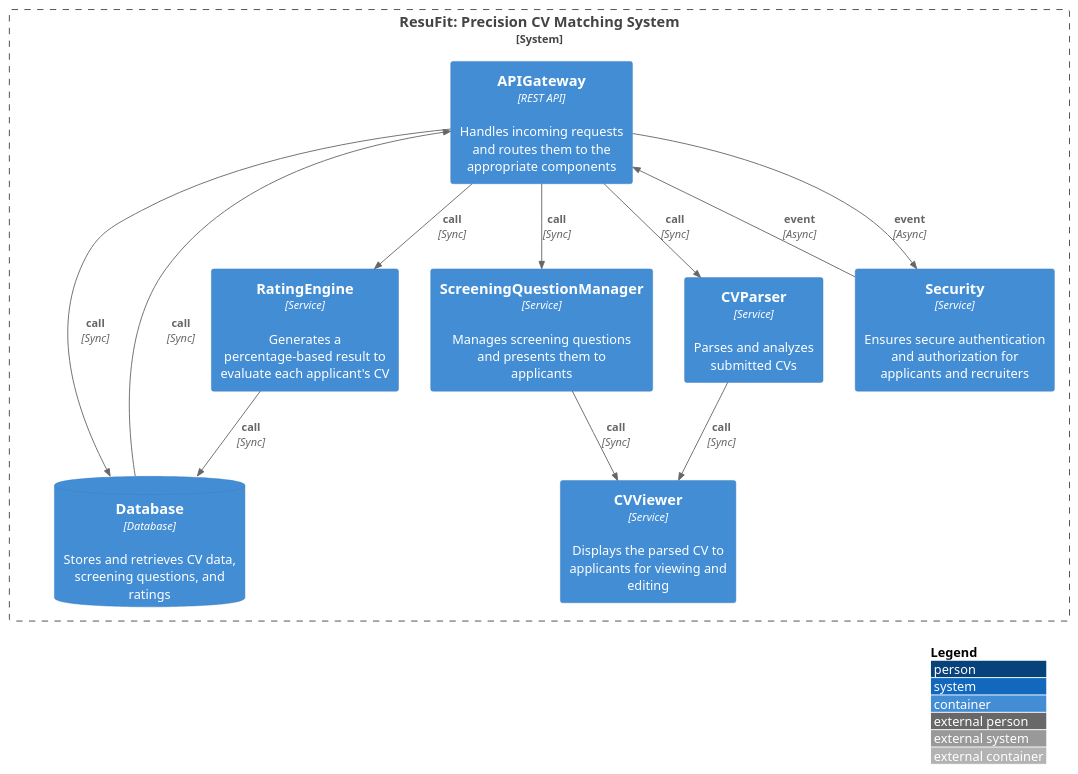
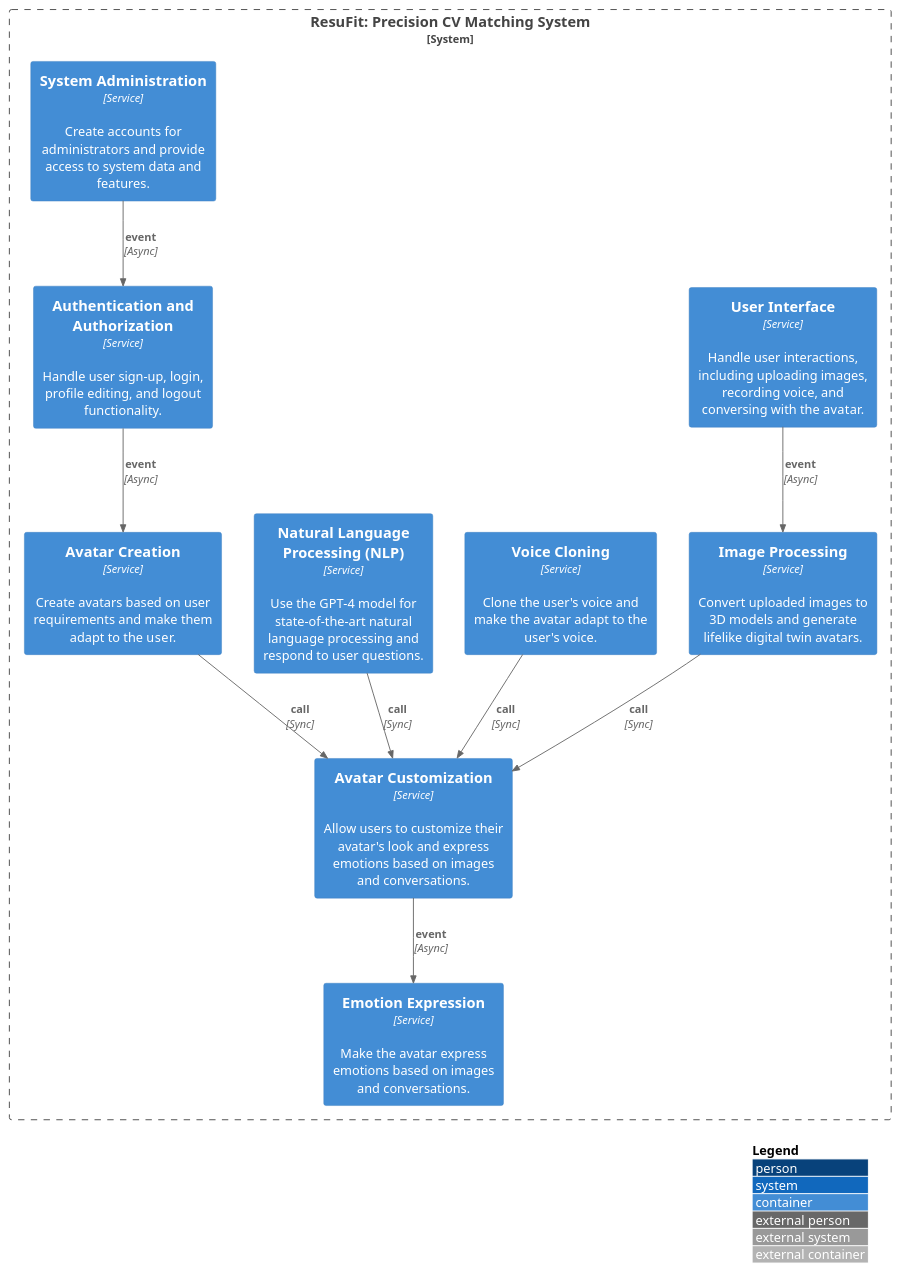
One commit to hanaAbdelwahab/GPARCHIMIND changed the diagram in data/outputs/architecture_c4.puml. Above: the diagram before and after it, drawn with PlantUML. The commit also changed 20 other files, not shown here.

```diff
--- a/data/outputs/architecture_c4.puml
+++ b/data/outputs/architecture_c4.puml
@@ -1,23 +1,23 @@
 @startuml
 !include https://raw.githubusercontent.com/plantuml-stdlib/C4-PlantUML/master/C4_Container.puml
 LAYOUT_WITH_LEGEND()
 System_Boundary(ResuFitPrecisionCVMatchingSystem, "ResuFit: Precision CV Matching System") {
-  Container(CVParser, "CVParser", "Service", "Parses and analyzes submitted CVs")
-  Container(CVViewer, "CVViewer", "Service", "Displays the parsed CV to applicants for viewing and editing")
-  Container(ScreeningQuestionManager, "ScreeningQuestionManager", "Service", "Manages screening questions and presents them to applicants")
-  Container(RatingEngine, "RatingEngine", "Service", "Generates a percentage-based result to evaluate each applicant's CV")
-  ContainerDb(Database, "Database", "Database", "Stores and retrieves CV data, screening questions, and ratings")
-  Container(APIGateway, "APIGateway", "REST API", "Handles incoming requests and routes them to the appropriate components")
-  Container(Security, "Security", "Service", "Ensures secure authentication and authorization for applicants and recruiters")
+  Container(UserInterface, "User Interface", "Service", "Handle user interactions, including uploading images, recording voice, and conversing with the avatar.")
+  Container(ImageProcessing, "Image Processing", "Service", "Convert uploaded images to 3D models and generate lifelike digital twin avatars.")
+  Container(VoiceCloning, "Voice Cloning", "Service", "Clone the user's voice and make the avatar adapt to the user's voice.")
+  Container(AvatarCustomization, "Avatar Customization", "Service", "Allow users to customize their avatar's look and express emotions based on images and conversations.")
+  Container(NaturalLanguageProcessingNLP, "Natural Language Processing (NLP)", "Service", "Use the GPT-4 model for state-of-the-art natural language processing and respond to user questions.")
+  Container(AuthenticationandAuthorization, "Authentication and Authorization", "Service", "Handle user sign-up, login, profile editing, and logout functionality.")
+  Container(AvatarCreation, "Avatar Creation", "Service", "Create avatars based on user requirements and make them adapt to the user.")
+  Container(EmotionExpression, "Emotion Expression", "Service", "Make the avatar express emotions based on images and conversations.")
+  Container(SystemAdministration, "System Administration", "Service", "Create accounts for administrators and provide access to system data and features.")
 }
-Rel(APIGateway, CVParser, "call", "Sync")
-Rel(APIGateway, ScreeningQuestionManager, "call", "Sync")
-Rel(APIGateway, RatingEngine, "call", "Sync")
-Rel(APIGateway, Database, "call", "Sync")
-Rel(APIGateway, Security, "event", "Async")
-Rel(CVParser, CVViewer, "call", "Sync")
-Rel(ScreeningQuestionManager, CVViewer, "call", "Sync")
-Rel(RatingEngine, Database, "call", "Sync")
-Rel(Database, APIGateway, "call", "Sync")
-Rel(Security, APIGateway, "event", "Async")
+Rel(UserInterface, ImageProcessing, "event", "Async")
+Rel(ImageProcessing, AvatarCustomization, "call", "Sync")
+Rel(VoiceCloning, AvatarCustomization, "call", "Sync")
+Rel(AvatarCustomization, EmotionExpression, "event", "Async")
+Rel(NaturalLanguageProcessingNLP, AvatarCustomization, "call", "Sync")
+Rel(AvatarCreation, AvatarCustomization, "call", "Sync")
+Rel(AuthenticationandAuthorization, AvatarCreation, "event", "Async")
+Rel(SystemAdministration, AuthenticationandAuthorization, "event", "Async")
 @enduml
```
